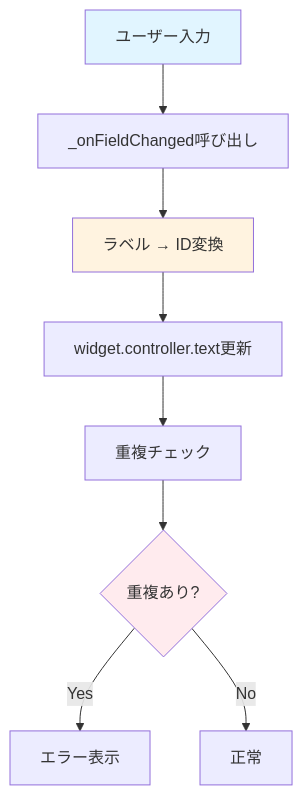
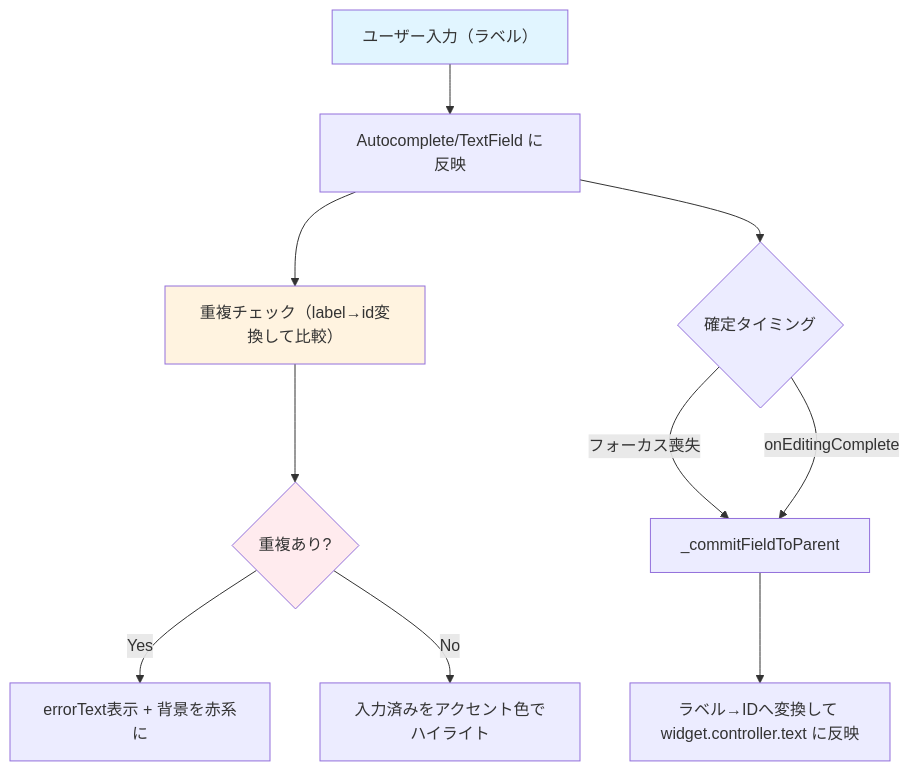
One commit to visco-ysugimoto/TimingChart changed the second of 2 diagrams in widgets_flowcharts/common/suggestion_text_field.md. Above: the diagram before and after it, drawn with Mermaid. The commit also changed other lines of this file and 35 other files, not shown here.

Commit message:
Update timing chart editing and flowchart docs

````diff
--- a/widgets_flowcharts/common/suggestion_text_field.md
+++ b/widgets_flowcharts/common/suggestion_text_field.md
@@ -37,14 +40,17 @@
 ```mermaid
 flowchart TD
-    A[ユーザー入力] --> B[_onFieldChanged呼び出し]
-    B --> C[ラベル → ID変換]
-    C --> D[widget.controller.text更新]
-    D --> E[重複チェック]
-    E --> F{重複あり?}
-    F -->|Yes| G[エラー表示]
-    F -->|No| H[正常]
+    A[ユーザー入力（ラベル）] --> B[Autocomplete/TextField に反映]
+    B --> C[重複チェック（label→id変換して比較）]
+    C --> D{重複あり?}
+    D -->|Yes| E[errorText表示 + 背景を赤系に]
+    D -->|No| F[入力済みをアクセント色でハイライト]
+    
+    B --> G{確定タイミング}
+    G -->|フォーカス喪失| H[_commitFieldToParent]
+    G -->|onEditingComplete| H
+    H --> I[ラベル→IDへ変換して widget.controller.text に反映]
     
     style A fill:#e1f5ff
     style C fill:#fff3e0
-    style F fill:#ffebee
+    style D fill:#ffebee
 ```
````
